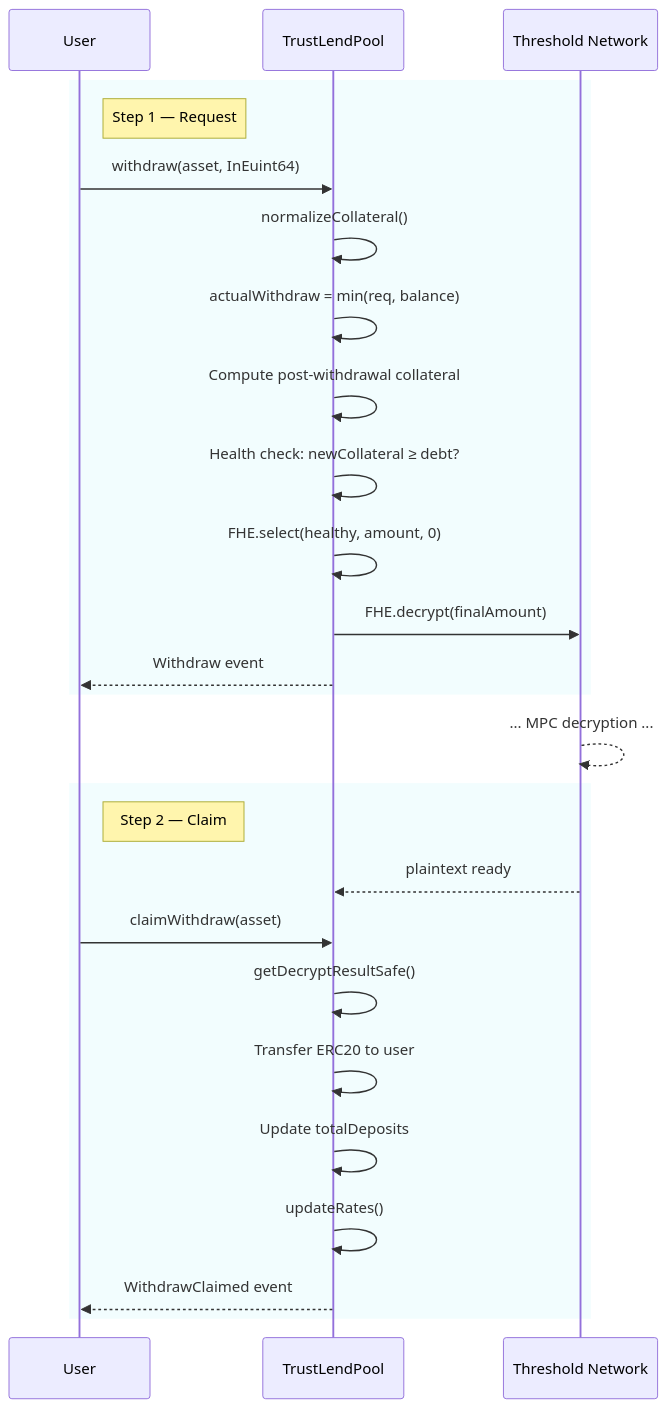
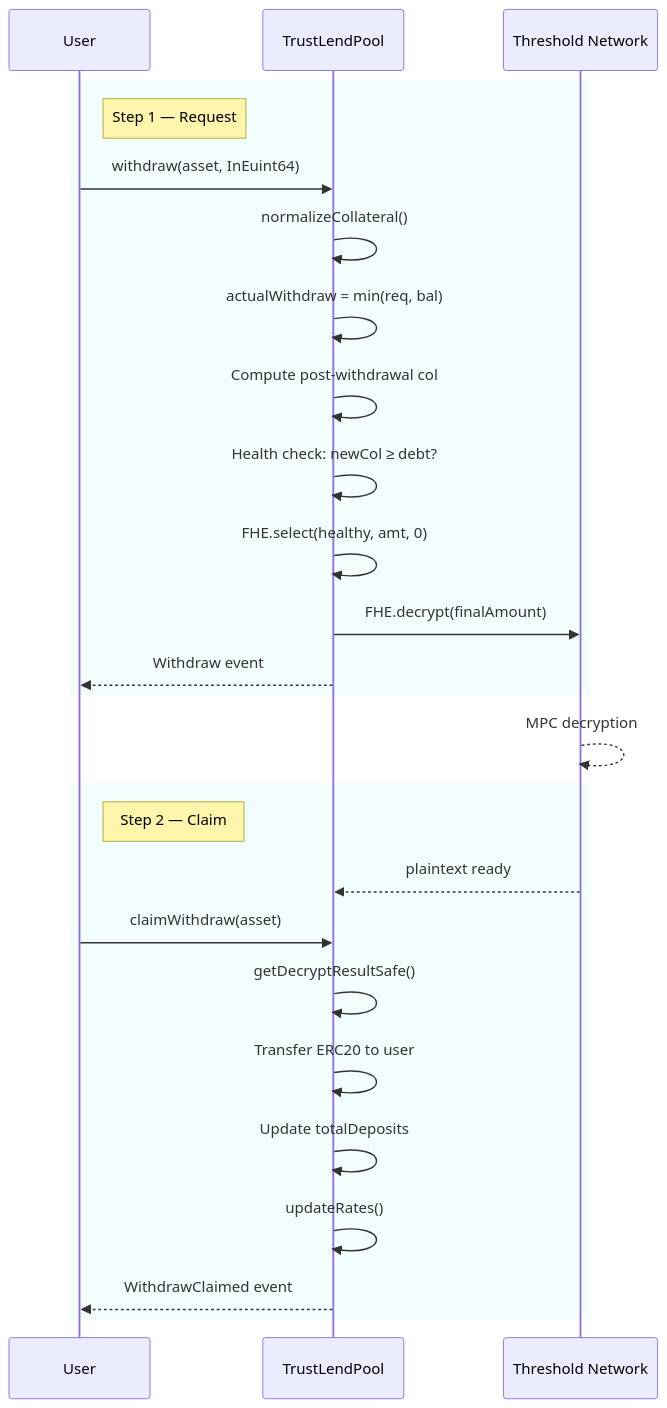
The diagram in fhield-docs/docs/devdocs/User Flows/Withdraw.md (PhuocNG0308/fhield), drawn with Mermaid before and after one commit. The commit also changed 24 other files, not shown here.

````diff
--- a/fhield-docs/docs/devdocs/User Flows/Withdraw.md
+++ b/fhield-docs/docs/devdocs/User Flows/Withdraw.md
@@ -12,31 +12,31 @@
 ```mermaid
 sequenceDiagram
     participant User
-    participant TrustLendPool
-    participant Threshold Network
+    participant Pool as TrustLendPool
+    participant TN as Threshold Network
 
     rect rgba(10, 217, 220, 0.05)
     note right of User: Step 1 — Request
-    User->>TrustLendPool: withdraw(asset, InEuint64)
-    TrustLendPool->>TrustLendPool: normalizeCollateral()
-    TrustLendPool->>TrustLendPool: actualWithdraw = min(req, balance)
-    TrustLendPool->>TrustLendPool: Compute post-withdrawal collateral
-    TrustLendPool->>TrustLendPool: Health check: newCollateral ≥ debt?
-    TrustLendPool->>TrustLendPool: FHE.select(healthy, amount, 0)
-    TrustLendPool->>Threshold Network: FHE.decrypt(finalAmount)
-    TrustLendPool-->>User: Withdraw event
+    User->>Pool: withdraw(asset, InEuint64)
+    Pool->>Pool: normalizeCollateral()
+    Pool->>Pool: actualWithdraw = min(req, bal)
+    Pool->>Pool: Compute post-withdrawal col
+    Pool->>Pool: Health check: newCol ≥ debt?
+    Pool->>Pool: FHE.select(healthy, amt, 0)
+    Pool->>TN: FHE.decrypt(finalAmount)
+    Pool-->>User: Withdraw event
     end
 
-    Threshold Network-->>Threshold Network: ... MPC decryption ...
+    TN-->>TN: MPC decryption
 
     rect rgba(10, 217, 220, 0.05)
     note right of User: Step 2 — Claim
-    Threshold Network-->>TrustLendPool: plaintext ready
-    User->>TrustLendPool: claimWithdraw(asset)
-    TrustLendPool->>TrustLendPool: getDecryptResultSafe()
-    TrustLendPool->>TrustLendPool: Transfer ERC20 to user
-    TrustLendPool->>TrustLendPool: Update totalDeposits
-    TrustLendPool->>TrustLendPool: updateRates()
-    TrustLendPool-->>User: WithdrawClaimed event
+    TN-->>Pool: plaintext ready
+    User->>Pool: claimWithdraw(asset)
+    Pool->>Pool: getDecryptResultSafe()
+    Pool->>Pool: Transfer ERC20 to user
+    Pool->>Pool: Update totalDeposits
+    Pool->>Pool: updateRates()
+    Pool-->>User: WithdrawClaimed event
     end
 ```
````
